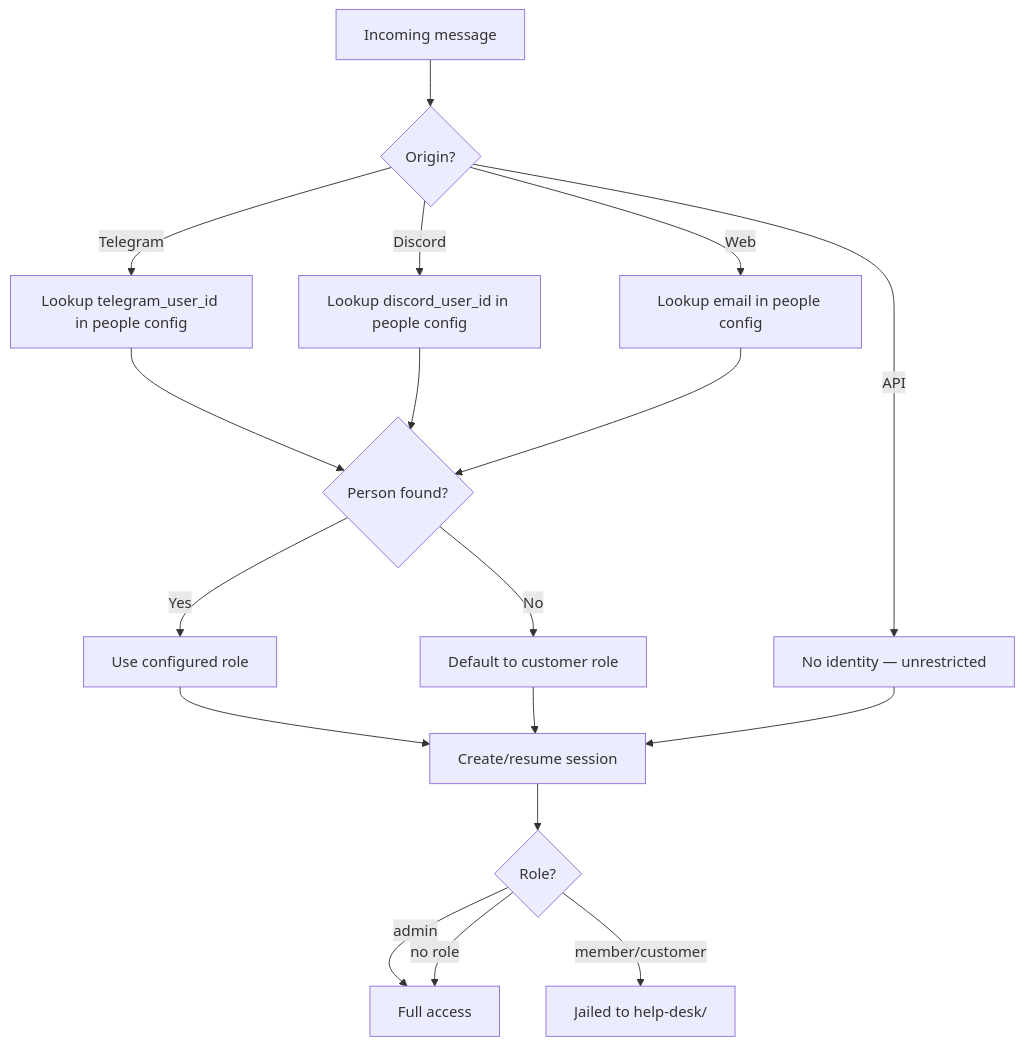
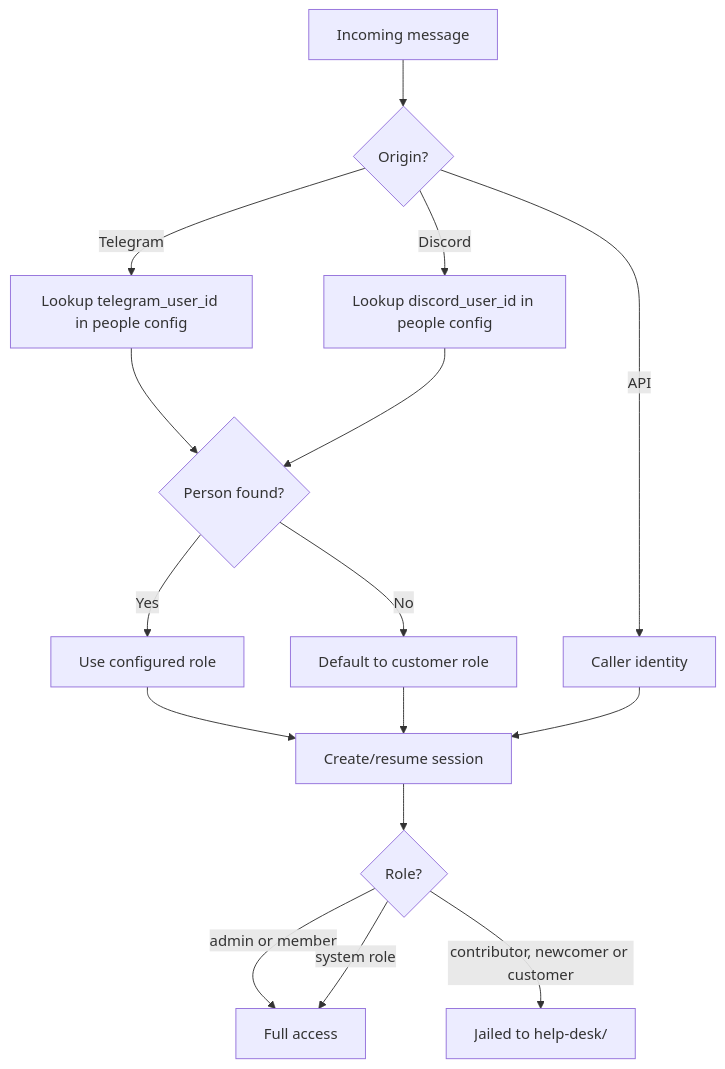
One commit to InstruktAI/TeleClaude changed the first of 12 diagrams in docs/project/design/architecture/help-desk-platform.md. Above: the diagram before and after it, drawn with Mermaid. The commit also changed other lines of this file and 9 other files, not shown here.

````diff
--- a/docs/project/design/architecture/help-desk-platform.md
+++ b/docs/project/design/architecture/help-desk-platform.md
@@ -164,24 +165,22 @@
 ```mermaid
 flowchart TD
     MSG[Incoming message] --> ORIGIN{Origin?}
     ORIGIN -->|Telegram| TG_LOOKUP[Lookup telegram_user_id in people config]
     ORIGIN -->|Discord| DC_LOOKUP[Lookup discord_user_id in people config]
-    ORIGIN -->|Web| WEB_LOOKUP[Lookup email in people config]
-    ORIGIN -->|API| API[No identity — unrestricted]
+    ORIGIN -->|API| API[Caller identity]
 
     TG_LOOKUP --> FOUND{Person found?}
     DC_LOOKUP --> FOUND
-    WEB_LOOKUP --> FOUND
 
     FOUND -->|Yes| ROLE[Use configured role]
     FOUND -->|No| DEFAULT[Default to customer role]
 
     ROLE --> SESSION[Create/resume session]
     DEFAULT --> SESSION
     API --> SESSION
 
     SESSION --> JAIL{Role?}
-    JAIL -->|admin| UNRESTRICTED[Full access]
-    JAIL -->|member/customer| HELP_DESK[Jailed to help-desk/]
-    JAIL -->|no role| UNRESTRICTED
+    JAIL -->|admin or member| UNRESTRICTED[Full access]
+    JAIL -->|contributor, newcomer or customer| HELP_DESK[Jailed to help-desk/]
+    JAIL -->|system role| UNRESTRICTED
 ```
````
